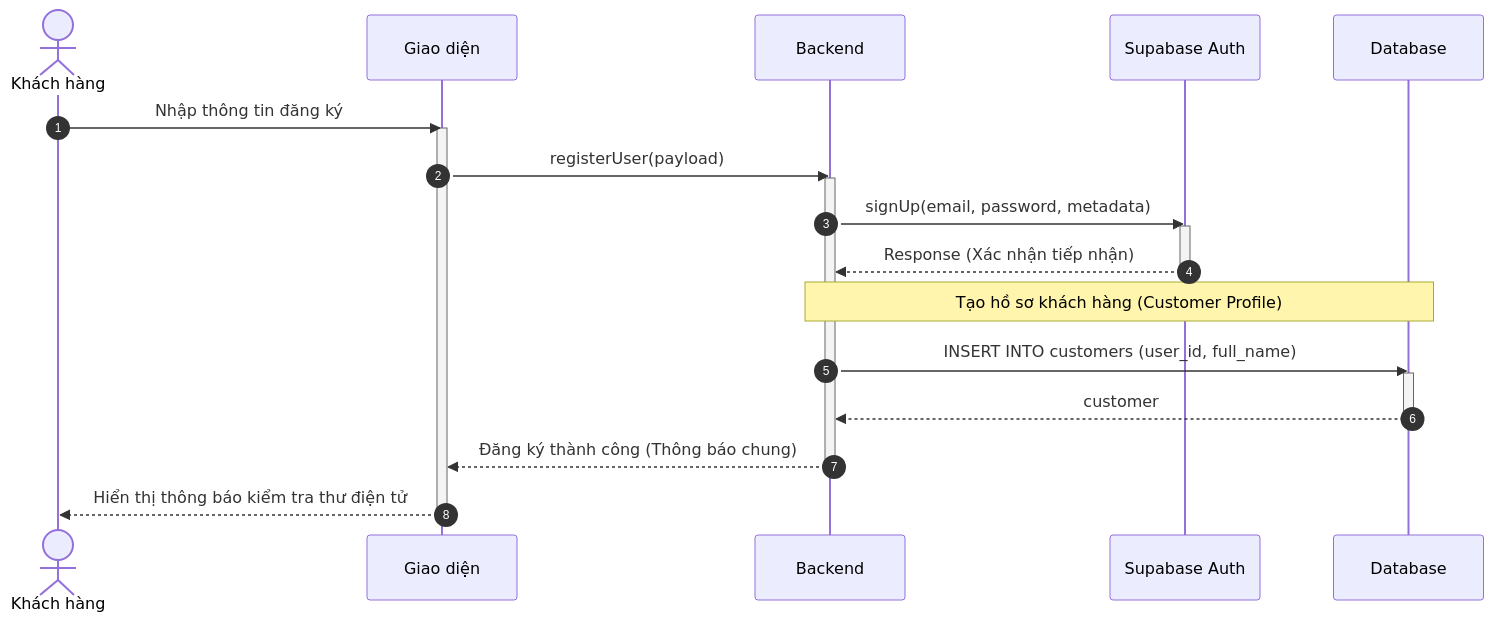
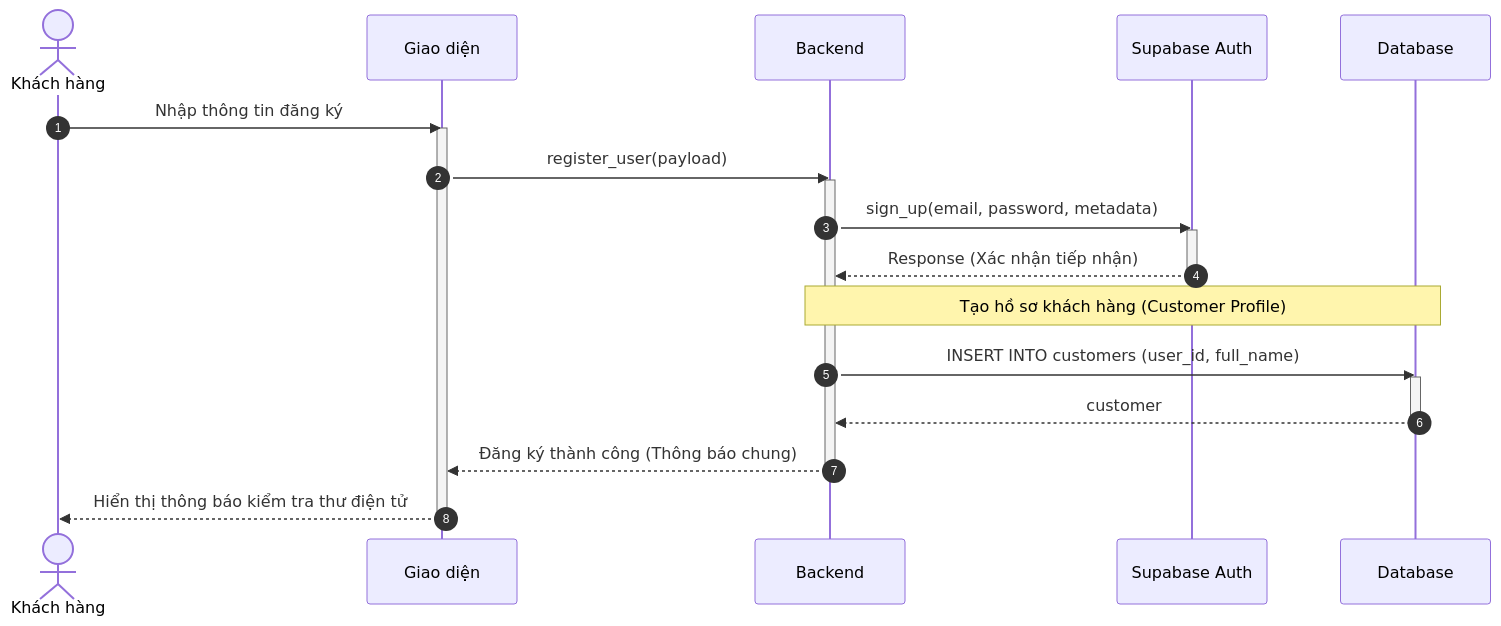
One commit to ngoctinn/Synapse changed the first of 7 diagrams in docs/design/sequences/authentication.md. Above: the diagram before and after it, drawn with Mermaid. The commit also changed other lines of this file and 4 other files, not shown here.

Commit message:
docs: Add activity and sequence diagrams for authentication, customer, receptionist, and technician flows.

````diff
--- a/docs/design/sequences/authentication.md
+++ b/docs/design/sequences/authentication.md
@@ -28,31 +28,31 @@
 ```mermaid
 sequenceDiagram
     autonumber
     actor KH as Khách hàng
     participant UI as Giao diện
     participant BE as Backend
     participant SUPA as Supabase Auth
     participant DB as Database
 
     KH->>UI: Nhập thông tin đăng ký
     activate UI
-    UI->>BE: registerUser(payload)
+    UI->>BE: register_user(payload)
     activate BE
 
-    BE->>SUPA: signUp(email, password, metadata)
+    BE->>SUPA: sign_up(email, password, metadata)
     activate SUPA
     SUPA-->>BE: Response (Xác nhận tiếp nhận)
     deactivate SUPA
 
     Note over BE,DB: Tạo hồ sơ khách hàng (Customer Profile)
     BE->>DB: INSERT INTO customers (user_id, full_name)
     activate DB
     DB-->>BE: customer
     deactivate DB
 
     BE-->>UI: Đăng ký thành công (Thông báo chung)
     deactivate BE
 
     UI-->>KH: Hiển thị thông báo kiểm tra thư điện tử
     deactivate UI
 ```
````
